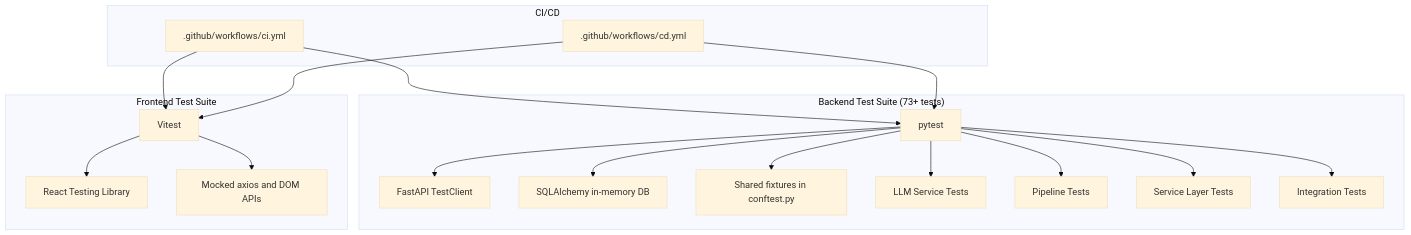
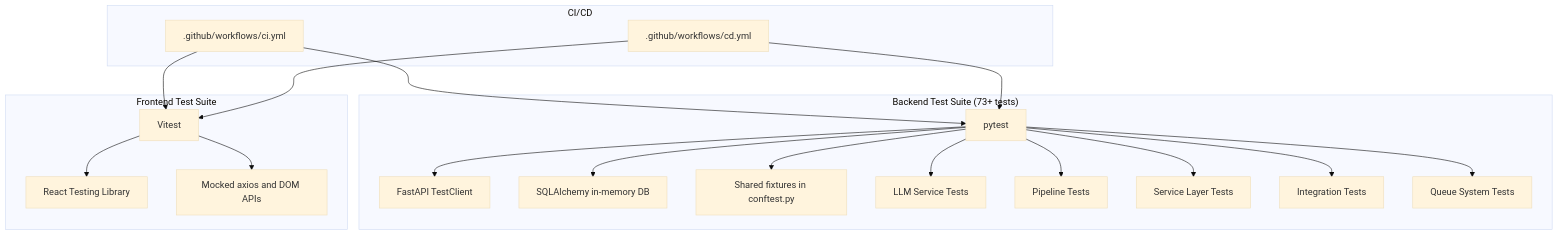
Before and after one commit to Revanththetalogics/aireume: the first of 7 diagrams in .qoder/repowiki/en/content/Testing Strategy.md, drawn with Mermaid (base theme). The commit also changed other lines of this file and 20 other files, not shown here.

````diff
--- a/.qoder/repowiki/en/content/Testing Strategy.md
+++ b/.qoder/repowiki/en/content/Testing Strategy.md
@@ -75,35 +78,37 @@
 ```mermaid
 graph TB
 subgraph "Backend Test Suite (73+ tests)"
 B1["pytest"]
 B2["FastAPI TestClient"]
 B3["SQLAlchemy in-memory DB"]
 B4["Shared fixtures in conftest.py"]
 B5["LLM Service Tests"]
 B6["Pipeline Tests"]
 B7["Service Layer Tests"]
 B8["Integration Tests"]
+B9["Queue System Tests"]
 end
 subgraph "Frontend Test Suite"
 F1["Vitest"]
 F2["React Testing Library"]
 F3["Mocked axios and DOM APIs"]
 end
 subgraph "CI/CD"
 C1[".github/workflows/ci.yml"]
 C2[".github/workflows/cd.yml"]
 end
 B1 --> B2
 B1 --> B3
 B1 --> B4
 B1 --> B5
 B1 --> B6
 B1 --> B7
 B1 --> B8
+B1 --> B9
 F1 --> F2
 F1 --> F3
 C1 --> B1
 C1 --> F1
 C2 --> B1
 C2 --> F1
 ```
````
